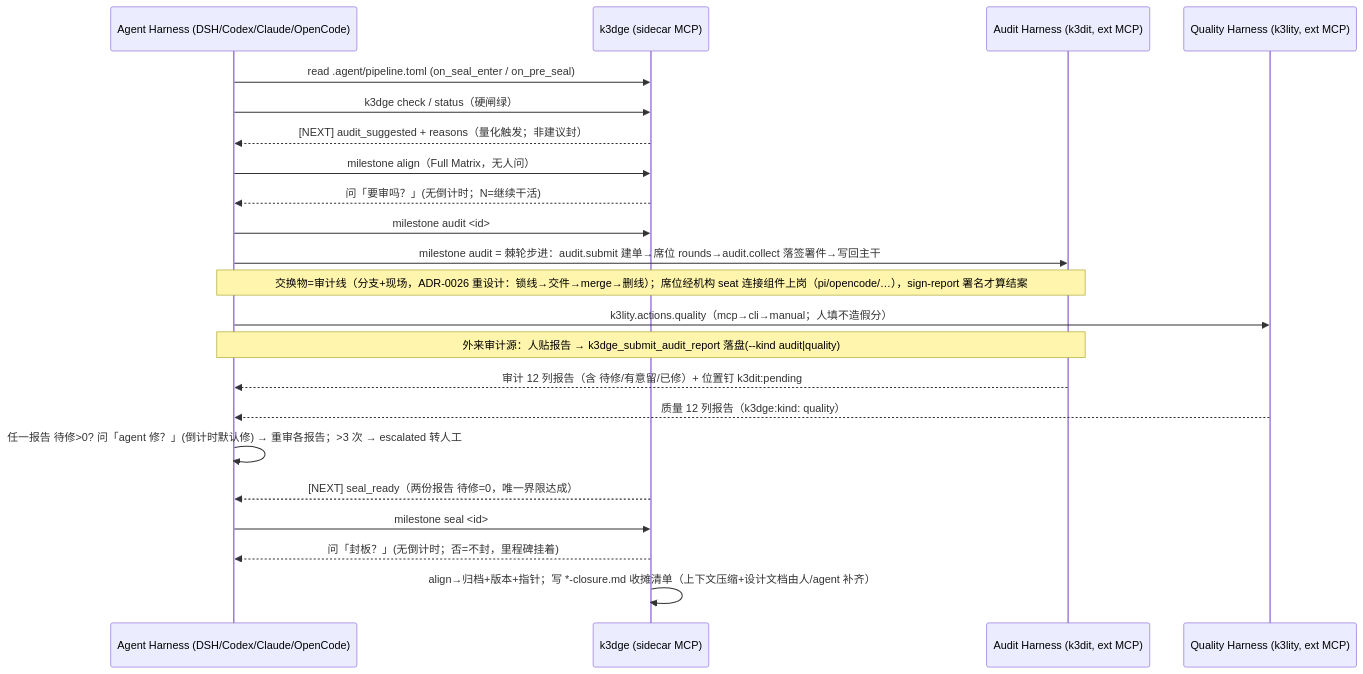
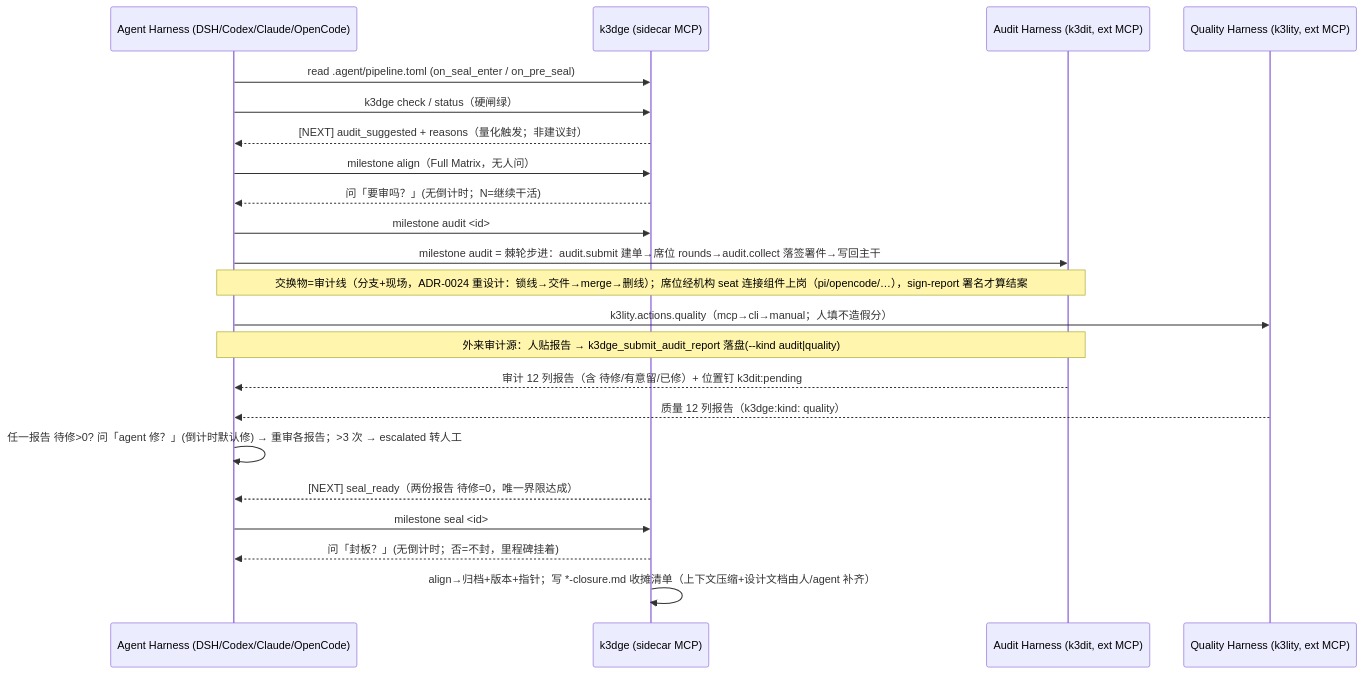
One commit to jamieplus/k3dge changed the sixth of 6 diagrams in docs/architecture/overview.md. Above: the diagram before and after it, drawn with Mermaid. The commit also changed other lines of this file and 91 other files, not shown here.

````diff
--- a/docs/architecture/overview.md
+++ b/docs/architecture/overview.md
@@ -114,24 +115,24 @@
 ```mermaid
 sequenceDiagram
     participant Agent as Agent Harness (DSH/Codex/Claude/OpenCode)
     participant K3 as k3dge (sidecar MCP)
     participant Audit as Audit Harness (k3dit, ext MCP)
     participant Quality as Quality Harness (k3lity, ext MCP)
     Agent->>K3: read .agent/pipeline.toml (on_seal_enter / on_pre_seal)
     Agent->>K3: k3dge check / status（硬闸绿）
     K3-->>Agent: [NEXT] audit_suggested + reasons（量化触发；非建议封）
     Agent->>K3: milestone align（Full Matrix，无人问）
     K3-->>Agent: 问「要审吗？」(无倒计时；N=继续干活)
     Agent->>K3: milestone audit <id>
     Agent->>Audit: milestone audit = 棘轮步进：audit.submit 建单→席位 rounds→audit.collect 落签署件→写回主干
-    Note over Agent,Audit: 交换物=审计线（分支+现场，ADR-0026 重设计：锁线→交件→merge→删线）；席位经机构 seat 连接组件上岗（pi/opencode/…），sign-report 署名才算结案
+    Note over Agent,Audit: 交换物=审计线（分支+现场，ADR-0024 重设计：锁线→交件→merge→删线）；席位经机构 seat 连接组件上岗（pi/opencode/…），sign-report 署名才算结案
     Agent->>Quality: k3lity.actions.quality（mcp→cli→manual；人填不造假分）
     Note over Agent,Audit: 外来审计源：人贴报告 → k3dge_submit_audit_report 落盘(--kind audit|quality)
     Audit-->>Agent: 审计 12 列报告（含 待修/有意留/已修）+ 位置钉 k3dit:pending
     Quality-->>Agent: 质量 12 列报告（k3dge:kind: quality）
     Agent->>Agent: 任一报告 待修>0? 问「agent 修？」(倒计时默认修) → 重审各报告；>3 次 → escalated 转人工
     K3-->>Agent: [NEXT] seal_ready（两份报告 待修=0，唯一界限达成）
     Agent->>K3: milestone seal <id>
     K3-->>Agent: 问「封板？」(无倒计时；否=不封，里程碑挂着)
     K3->>K3: align→归档+版本+指针；写 *-closure.md 收摊清单（上下文压缩+设计文档由人/agent 补齐）
 ```
````
